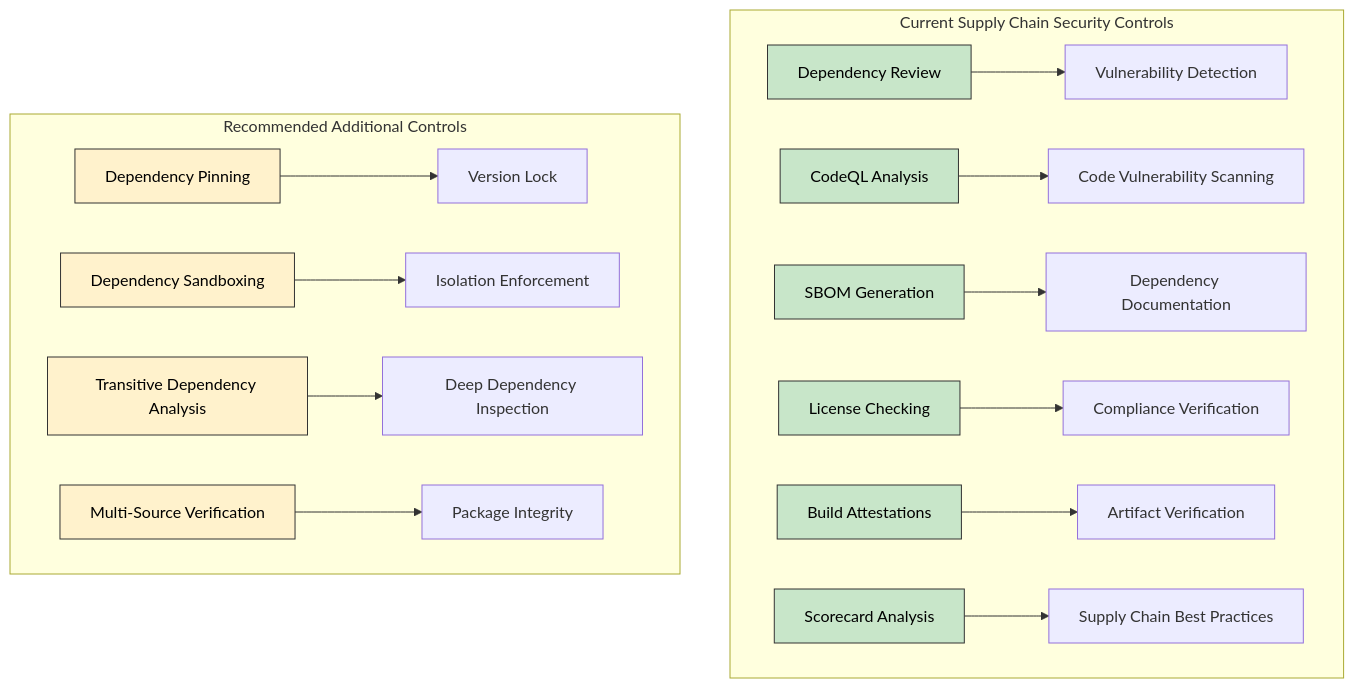
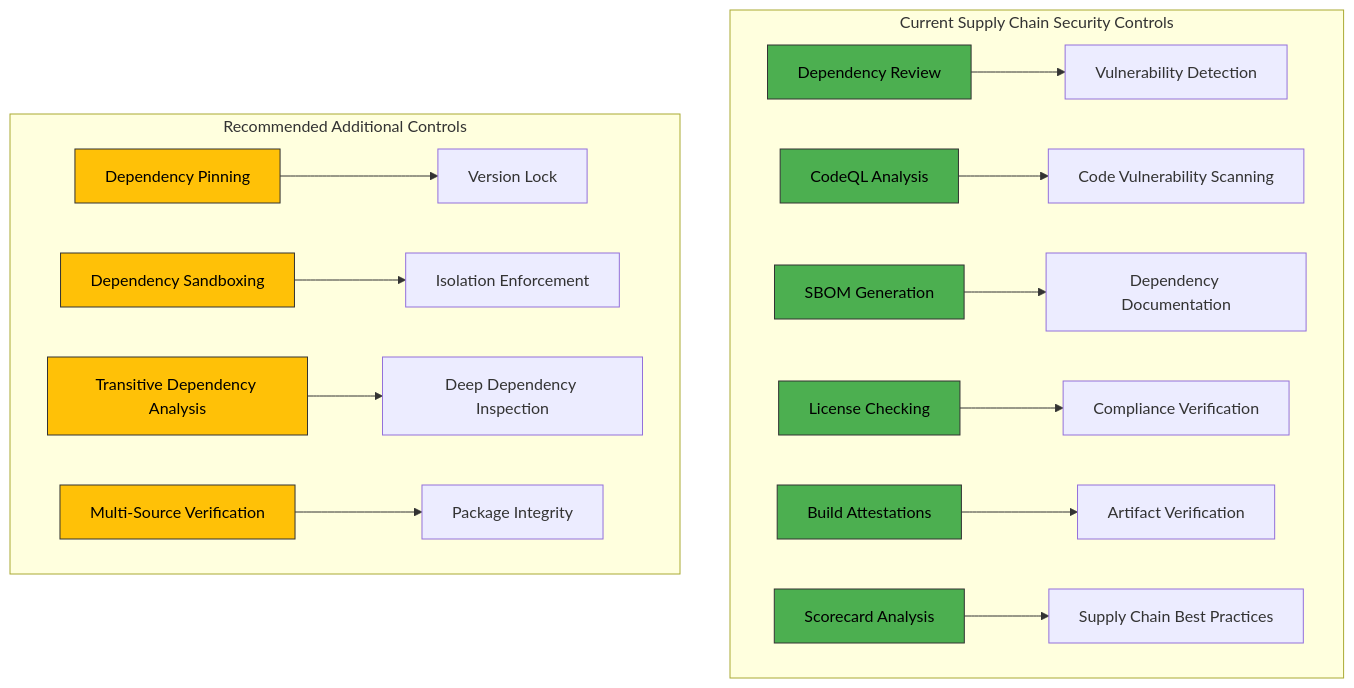
Before and after one commit to step-security-bot/cia-compliance-manager: the seventh of 7 diagrams in docs/architecture/SWOT.md, drawn with Mermaid. The commit also changed other lines of this file and 27 other files, not shown here.

First line of the commit message:
fix: resolve broken mermaid diagrams and improve color coding to match ISMS style guide (#1106)

````diff
--- a/docs/architecture/SWOT.md
+++ b/docs/architecture/SWOT.md
@@ -479,30 +443,30 @@
 ```mermaid
 flowchart TD
     subgraph "Current Supply Chain Security Controls"
         A[Dependency Review] --> B[Vulnerability Detection]
         C[CodeQL Analysis] --> D[Code Vulnerability Scanning]
         E[SBOM Generation] --> F[Dependency Documentation]
         G[License Checking] --> H[Compliance Verification]
         I[Build Attestations] --> J[Artifact Verification]
         K[Scorecard Analysis] --> L[Supply Chain Best Practices]
     end
 
     subgraph "Recommended Additional Controls"
         M[Dependency Pinning] --> N[Version Lock]
         O[Dependency Sandboxing] --> P[Isolation Enforcement]
         Q[Transitive Dependency Analysis] --> R[Deep Dependency Inspection]
         S[Multi-Source Verification] --> T[Package Integrity]
     end
 
-    style A fill:#c8e6c9,stroke:#333,stroke-width:1px,color:black
-    style C fill:#c8e6c9,stroke:#333,stroke-width:1px,color:black
-    style E fill:#c8e6c9,stroke:#333,stroke-width:1px,color:black
-    style G fill:#c8e6c9,stroke:#333,stroke-width:1px,color:black
-    style I fill:#c8e6c9,stroke:#333,stroke-width:1px,color:black
-    style K fill:#c8e6c9,stroke:#333,stroke-width:1px,color:black
+    style A fill:#4CAF50,stroke:#333,stroke-width:1px,color:black
+    style C fill:#4CAF50,stroke:#333,stroke-width:1px,color:black
+    style E fill:#4CAF50,stroke:#333,stroke-width:1px,color:black
+    style G fill:#4CAF50,stroke:#333,stroke-width:1px,color:black
+    style I fill:#4CAF50,stroke:#333,stroke-width:1px,color:black
+    style K fill:#4CAF50,stroke:#333,stroke-width:1px,color:black
     
-    style M fill:#fff2cc,stroke:#333,stroke-width:1px,color:black
-    style O fill:#fff2cc,stroke:#333,stroke-width:1px,color:black
-    style Q fill:#fff2cc,stroke:#333,stroke-width:1px,color:black
-    style S fill:#fff2cc,stroke:#333,stroke-width:1px,color:black
+    style M fill:#FFC107,stroke:#333,stroke-width:1px,color:black
+    style O fill:#FFC107,stroke:#333,stroke-width:1px,color:black
+    style Q fill:#FFC107,stroke:#333,stroke-width:1px,color:black
+    style S fill:#FFC107,stroke:#333,stroke-width:1px,color:black
 ```
````
